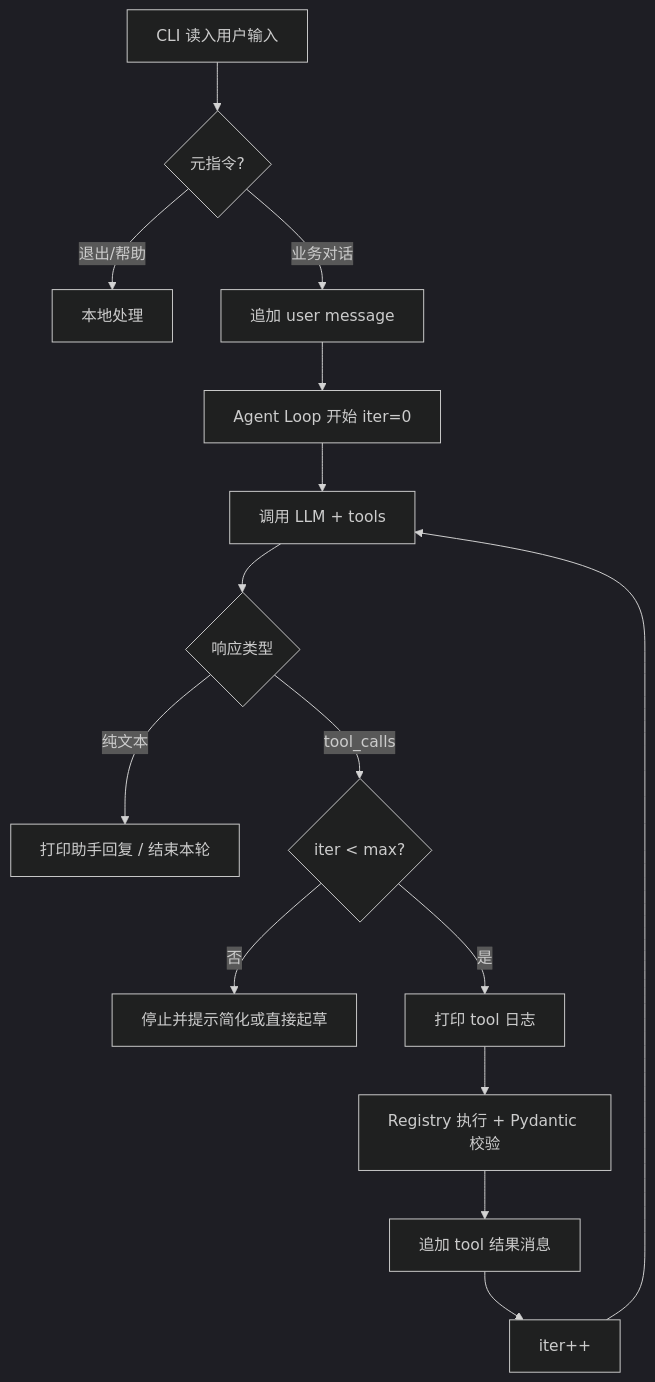
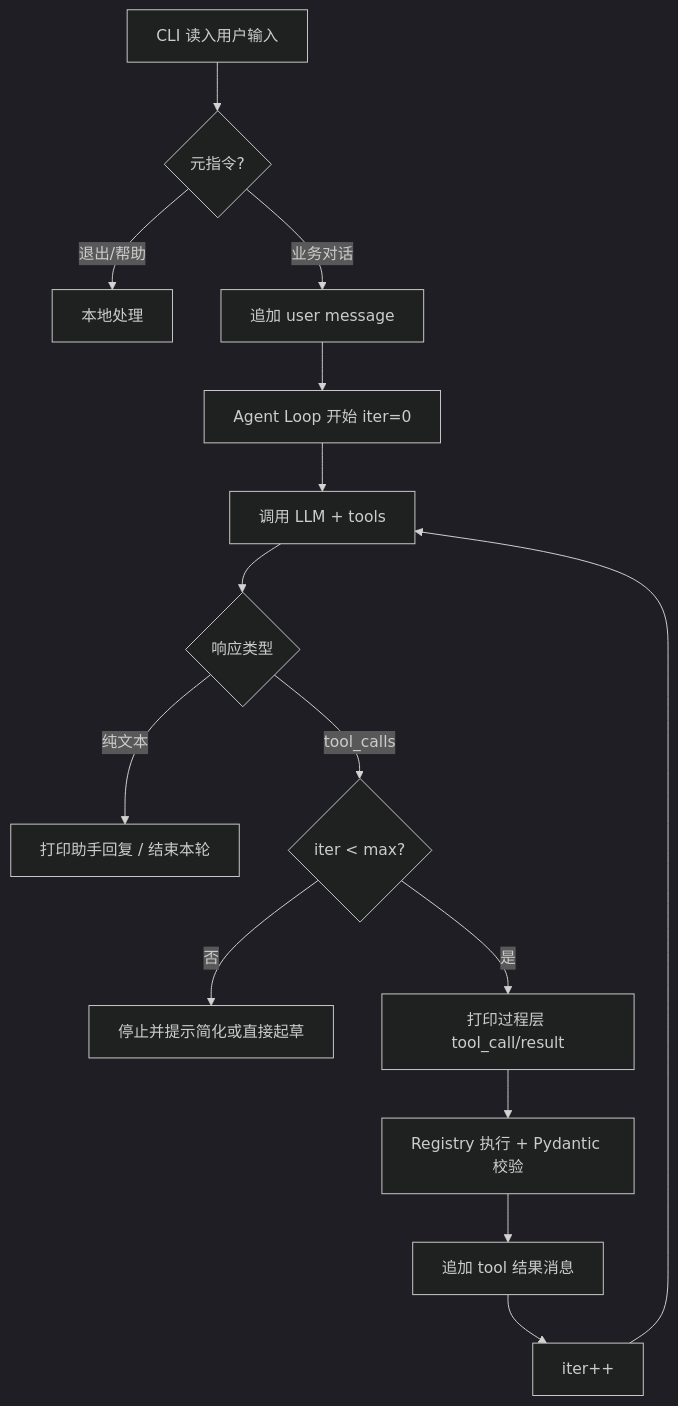
Before and after one commit to goldwish1/PM-Agent: the first of 2 diagrams in doc/PM-Agent-技术方案.md, drawn with Mermaid (dark theme). The commit also changed other lines of this file and 7 other files, not shown here.

````diff
--- a/doc/PM-Agent-技术方案.md
+++ b/doc/PM-Agent-技术方案.md
@@ -137,17 +137,17 @@
 ```mermaid
 flowchart TD
     A[CLI 读入用户输入] --> B{元指令?}
     B -->|退出/帮助| C[本地处理]
     B -->|业务对话| D[追加 user message]
     D --> E[Agent Loop 开始 iter=0]
     E --> F[调用 LLM + tools]
     F --> G{响应类型}
     G -->|纯文本| H[打印助手回复 / 结束本轮]
     G -->|tool_calls| I{iter < max?}
     I -->|否| J[停止并提示简化或直接起草]
-    I -->|是| K[打印 tool 日志]
+    I -->|是| K[打印过程层 tool_call/result]
     K --> L[Registry 执行 + Pydantic 校验]
     L --> M[追加 tool 结果消息]
     M --> N[iter++]
     N --> F
 ```
````
